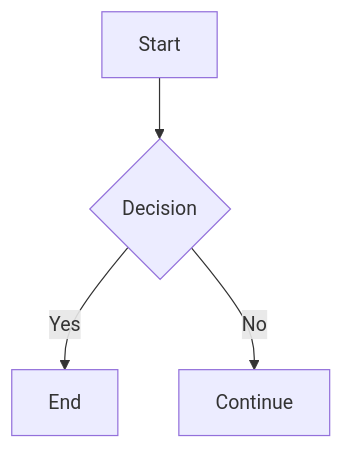
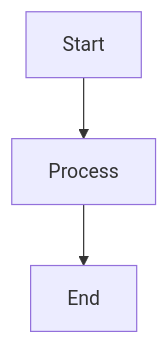
The diagram in tests/fixtures/with-mermaid.md (ubick-inc/markpaper), drawn with Mermaid before and after one commit. The commit also changed other lines of this file and 27 other files, not shown here.

First line of the commit message:
feat: 目次自動生成とMermaid図画像埋め込み修正

````diff
--- a/tests/fixtures/with-mermaid.md
+++ b/tests/fixtures/with-mermaid.md
@@ -5,6 +5,5 @@
 ```mermaid
 graph TD
-    A[Start] --> B{Decision}
-    B -->|Yes| C[End]
-    B -->|No| D[Continue]
+    A[Start] --> B[Process]
+    B --> C[End]
 ```
````
